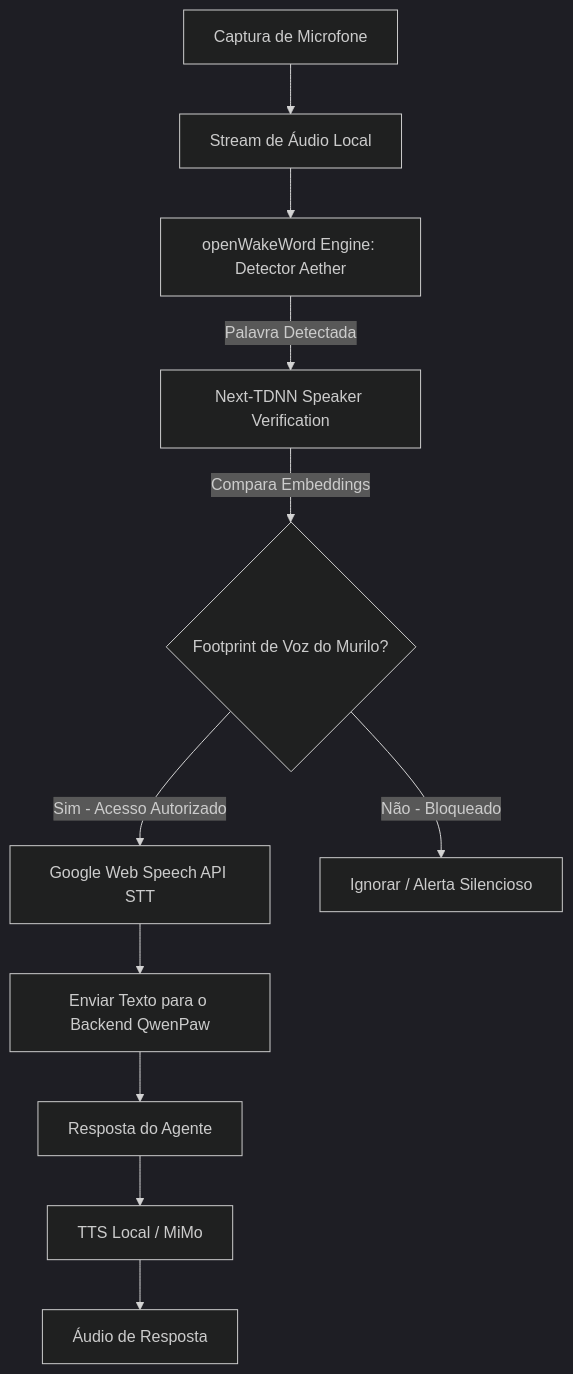
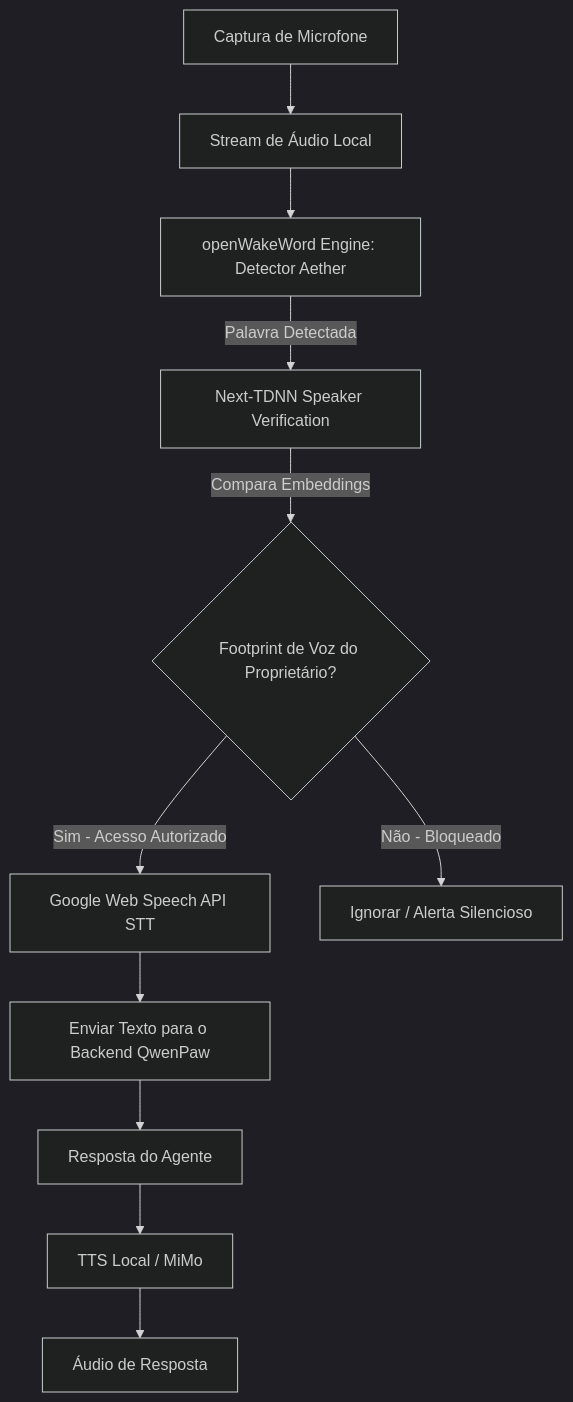
The diagram in README.md (murilozone-arch/Aether), drawn with Mermaid (dark theme) before and after one commit. The commit also changed other lines of this file and 2 other files, not shown here.

````diff
--- a/README.md
+++ b/README.md
@@ -23,13 +23,13 @@
 ```mermaid
 graph TD
     Mic[Captura de Microfone] --> AudioStream[Stream de Áudio Local]
     AudioStream --> WakeWord[openWakeWord Engine: Detector Aether]
     WakeWord -->|Palavra Detectada| SpeakerVerifier[Next-TDNN Speaker Verification]
-    SpeakerVerifier -->|Compara Embeddings| Footprint{Footprint de Voz do Murilo?}
+    SpeakerVerifier -->|Compara Embeddings| Footprint{Footprint de Voz do Proprietário?}
     Footprint -->|Sim - Acesso Autorizado| STT[Google Web Speech API STT]
     Footprint -->|Não - Bloqueado| Silent[Ignorar / Alerta Silencioso]
     STT --> SendToAgent[Enviar Texto para o Backend QwenPaw]
     SendToAgent --> AgentReply[Resposta do Agente]
     AgentReply --> TTS[TTS Local / MiMo]
     TTS --> Speaker[Áudio de Resposta]
 ```
````
